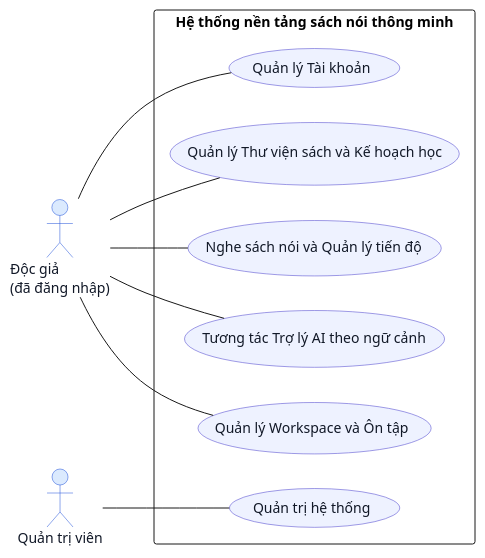
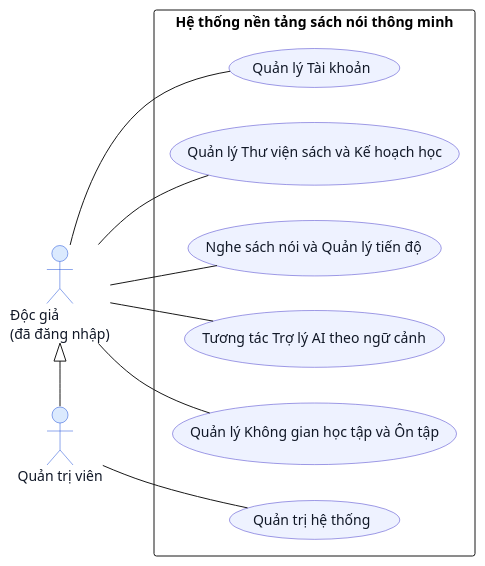
Before and after one commit to KhoaSinno/triam-backend: the diagram in _docs_capstone/_dia/UseCase/sub_UC/triam_usecase_overview.puml, drawn with PlantUML. The commit also changed 4 other files, not shown here.

```diff
--- a/_docs_capstone/_dia/UseCase/sub_UC/triam_usecase_overview.puml
+++ b/_docs_capstone/_dia/UseCase/sub_UC/triam_usecase_overview.puml
@@ -1,44 +1,45 @@
 @startuml triam_usecase_overview
 skinparam Shadowing false
 skinparam backgroundColor #FFFFFF
 skinparam defaultFontName Arial
 ' skinparam defaultFontSize 13
 ' skinparam roundcorner 18
 ' skinparam linetype ortho
 ' skinparam packageStyle rectangle
 ' skinparam nodesep 50
 ' skinparam ranksep 50
 
 skinparam actor {
   BackgroundColor #DBEAFE
   BorderColor #1D4ED8
   FontColor #111827
 }
 skinparam usecase {
   BackgroundColor #EEF2FF
   BorderColor #4338CA
   FontColor #111827
 }
 
 left to right direction
 
 actor "Độc giả\n(đã đăng nhập)" as Reader
 actor "Quản trị viên" as Admin
 
 rectangle "Hệ thống nền tảng sách nói thông minh" {
   (Quản lý Tài khoản) as UC_Account
   (Quản lý Thư viện sách và Kế hoạch học) as UC_LibraryPlan
   (Nghe sách nói và Quản lý tiến độ) as UC_ListenProgress
   (Tương tác Trợ lý AI theo ngữ cảnh) as UC_AI
-  (Quản lý Workspace và Ôn tập) as UC_Workspace
+  (Quản lý Không gian học tập và Ôn tập) as UC_Workspace
   (Quản trị hệ thống) as UC_AdminSystem
 }
 
 Reader -- UC_Account
 Reader -- UC_LibraryPlan
 Reader -- UC_ListenProgress
 Reader -- UC_AI
 Reader -- UC_Workspace
 
 Admin -- UC_AdminSystem
+Reader <|- Admin
 @enduml
```
